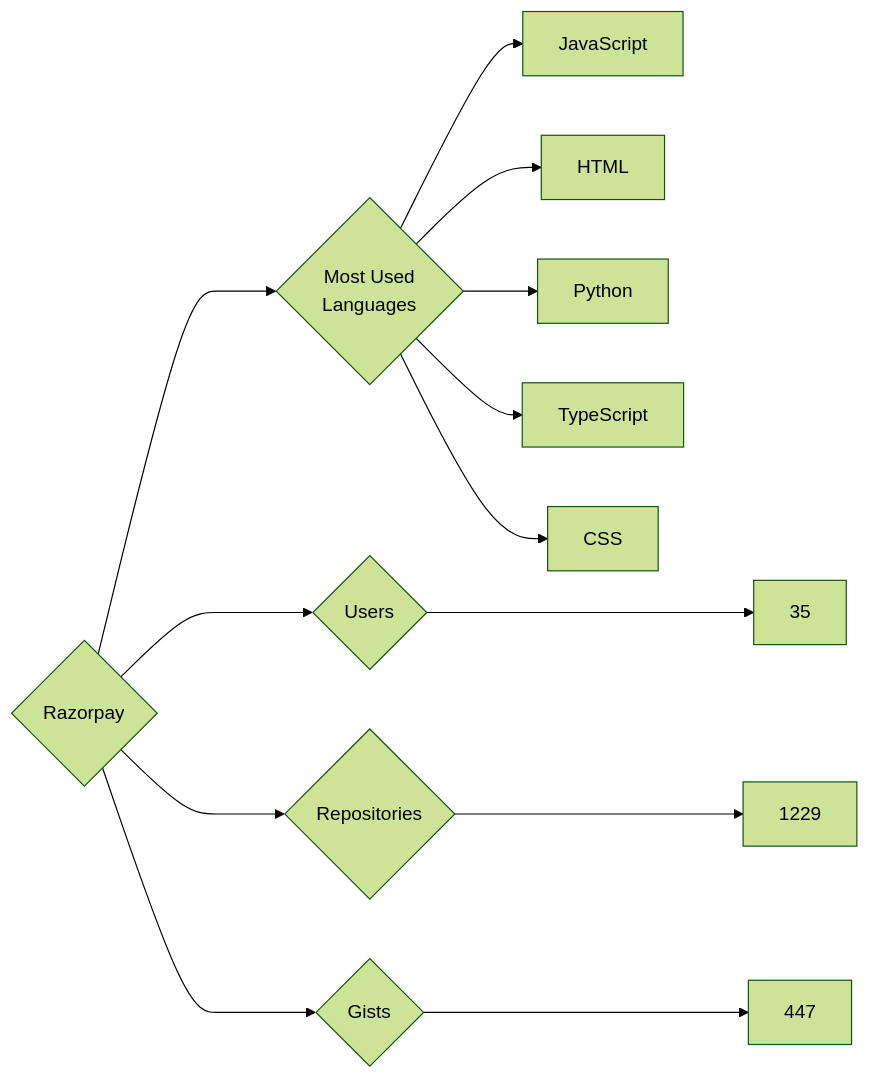
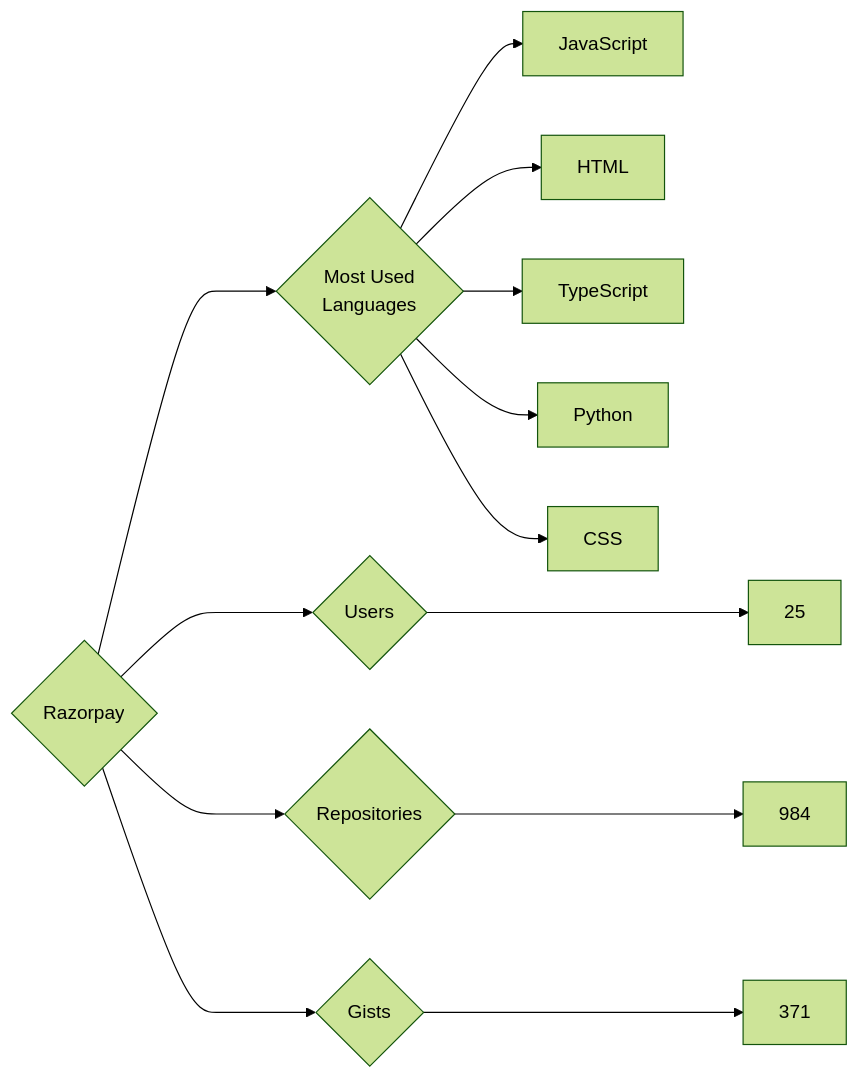
Before and after one commit to trickest/insiders: the diagram in targets/Razorpay/README.md, drawn with Mermaid (forest theme). The commit also changed 870 other files, not shown here.

````diff
--- a/targets/Razorpay/README.md
+++ b/targets/Razorpay/README.md
@@ -3,13 +3,13 @@
 ```mermaid
 graph LR
 COMPANY_NAME{Razorpay}
-COMPANY_NAME ---> U{Users} ---> UN[35]
-COMPANY_NAME ---> R{Repositories} ---> RN[1229]
-COMPANY_NAME ---> G{Gists} ---> GN[447]
+COMPANY_NAME ---> U{Users} ---> UN[25]
+COMPANY_NAME ---> R{Repositories} ---> RN[984]
+COMPANY_NAME ---> G{Gists} ---> GN[371]
 COMPANY_NAME ---> ML{Most Used<br>Languages}
 ML --> JavaScript[JavaScript]
 ML --> HTML[HTML]
+ML --> TypeScript[TypeScript]
 ML --> Python[Python]
-ML --> TypeScript[TypeScript]
 ML --> CSS[CSS]
 ```
````
